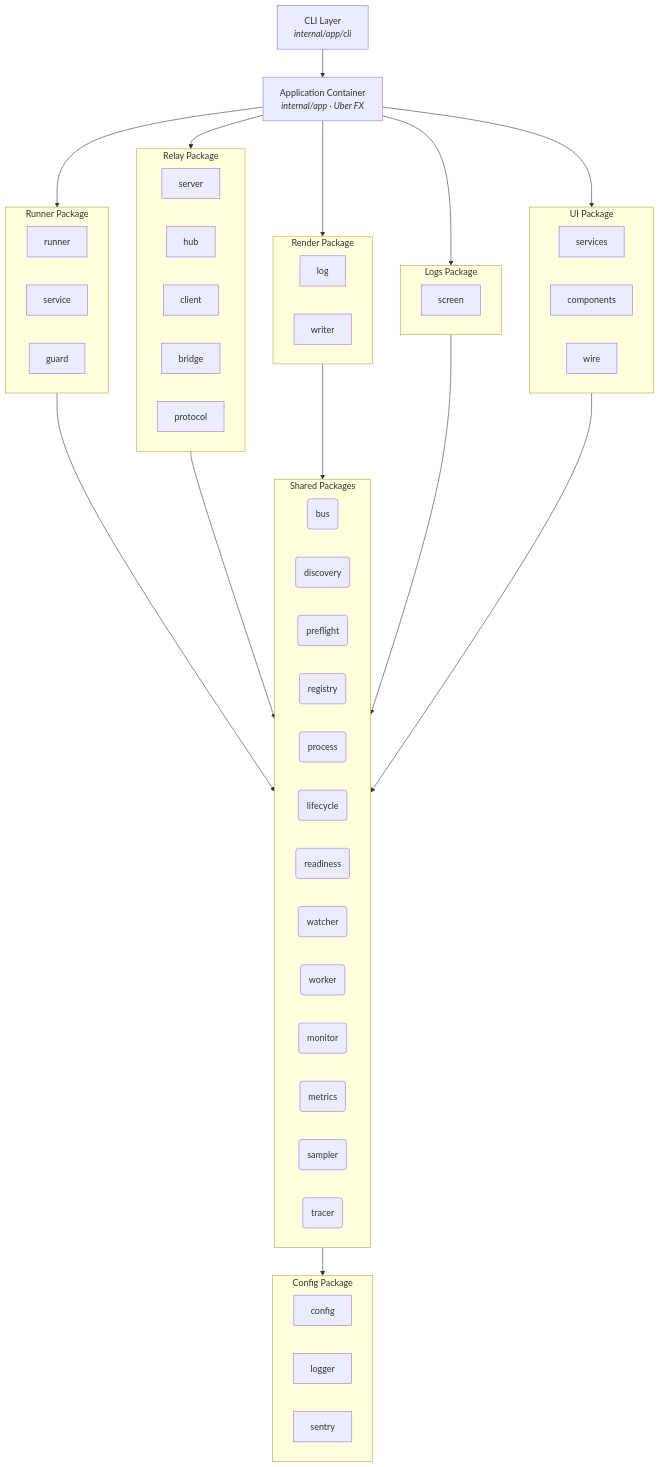
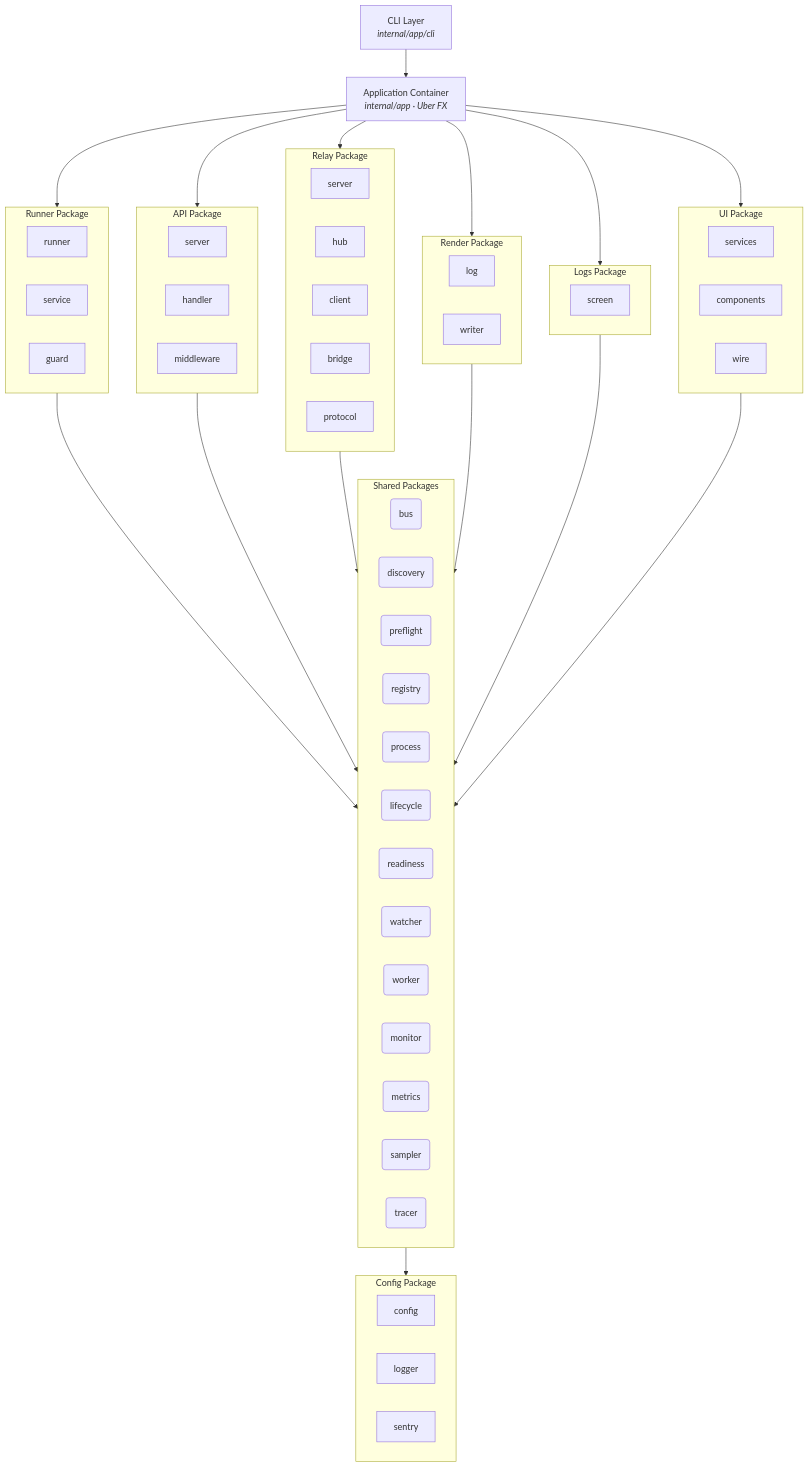
One commit to tab/fuku changed the first of 8 diagrams in ARCHITECTURE.md. Above: the diagram before and after it, drawn with Mermaid. The commit also changed other lines of this file and 8 other files, not shown here.

Commit message:
chore(docs): Update docs, README.md and ARCHITECTURE.md

````diff
--- a/ARCHITECTURE.md
+++ b/ARCHITECTURE.md
@@ -13,59 +13,66 @@
 ```mermaid
 graph TD
     CLI["CLI Layer<br><i>internal/app/cli</i>"]
     APP["Application Container<br><i>internal/app · Uber FX</i>"]
 
     CLI --> APP
 
     APP --> Runner
+    APP --> API
     APP --> Relay
     APP --> Render
     APP --> Logs
     APP --> UI
 
     subgraph Runner["Runner Package"]
         direction LR
         runner & service & guard
+    end
+
+    subgraph API["API Package"]
+        direction LR
+        apiserver["server"] & handler & middleware
     end
 
     subgraph Relay["Relay Package"]
         direction LR
         server & hub & client & bridge & protocol
     end
 
     subgraph Render["Render Package"]
         direction LR
         log & writer
     end
 
     subgraph Logs["Logs Package"]
         direction LR
         screen
     end
 
     subgraph UI["UI Package"]
         direction LR
         services & components & wire
     end
 
     Runner --> Shared
+    API --> Shared
     Relay --> Shared
     Render --> Shared
     Logs --> Shared
     UI --> Shared
 
     subgraph Shared["Shared Packages"]
         direction LR
         bus("bus") & discovery("discovery") & preflight("preflight") & registry("registry")
         process("process") & lifecycle("lifecycle") & readiness("readiness") & watcher("watcher")
         worker("worker") & monitor("monitor") & metrics("metrics") & sampler("sampler")
         tracer("tracer")
     end
 
     Shared --> Config
 
     subgraph Config["Config Package"]
         direction LR
         config & logger & sentry
     end
 ```
````
